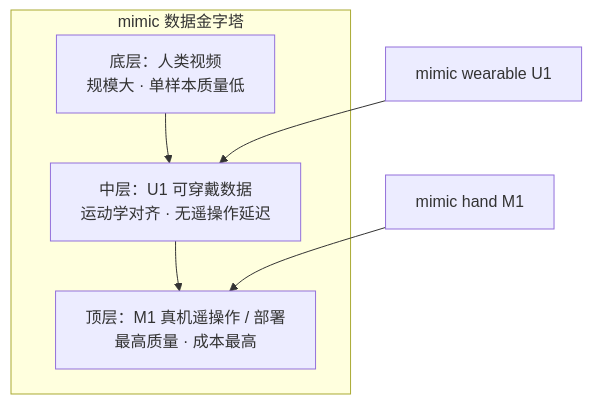
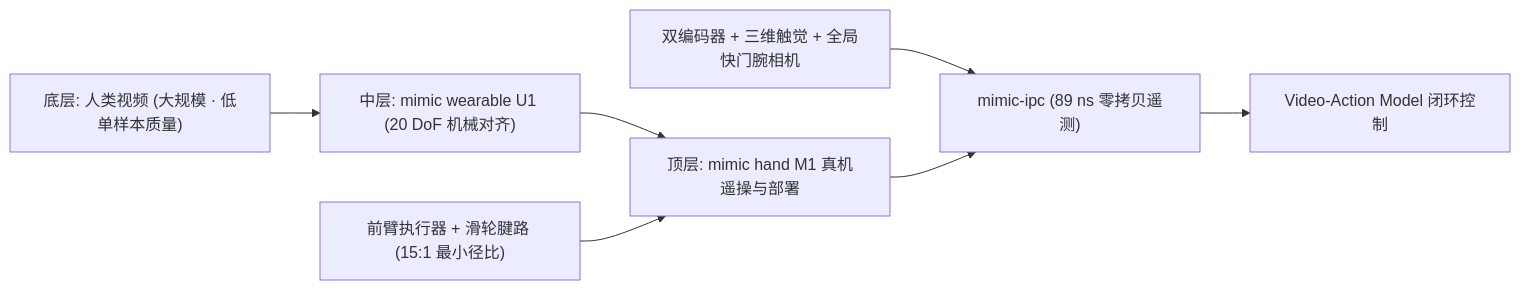
One commit to ImChong/Robotics_Notebooks changed the diagram in wiki/entities/mimic-hand-m1.md. Above: the diagram before and after it, drawn with Mermaid. The commit also changed other lines of this file and 51 other files, not shown here.

````diff
--- a/wiki/entities/mimic-hand-m1.md
+++ b/wiki/entities/mimic-hand-m1.md
@@ -74,11 +62,9 @@
 ```mermaid
-flowchart TB
-  subgraph pyramid [mimic 数据金字塔]
-    V[底层：人类视频<br/>规模大 · 单样本质量低]
-    W[中层：U1 可穿戴数据<br/>运动学对齐 · 无遥操作延迟]
-    T[顶层：M1 真机遥操作 / 部署<br/>最高质量 · 成本最高]
-  end
-  V --> W --> T
-  M1[mimic hand M1] --> T
-  U1[mimic wearable U1] --> W
+flowchart LR
+  V["底层: 人类视频 (大规模 · 低单样本质量)"] --> W["中层: mimic wearable U1 (20 DoF 机械对齐)"]
+  W --> T["顶层: mimic hand M1 真机遥操与部署"]
+  H["前臂执行器 + 滑轮腱路 (15:1 最小径比)"] --> T
+  S["双编码器 + 三维触觉 + 全局快门腕相机"] --> IPC["mimic-ipc (89 ns 零拷贝遥测)"]
+  T --> IPC
+  IPC --> VAM["Video-Action Model 闭环控制"]
 ```
````
